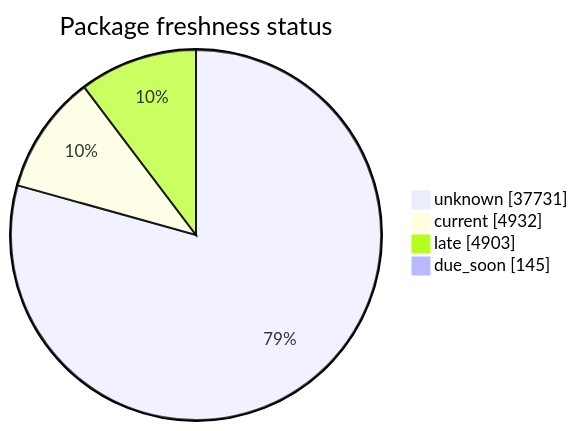
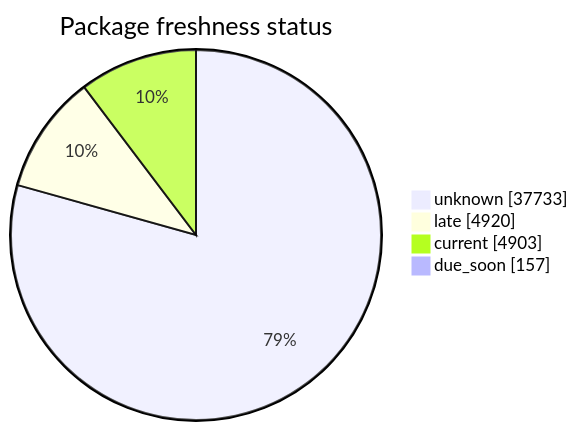
Before and after one commit to open-data/analytics-corporate-reporting: the second of 5 diagrams in FreshCheck/README.md, drawn with Mermaid. The commit also changed other lines of this file and 3 other files, not shown here.

````diff
--- a/FreshCheck/README.md
+++ b/FreshCheck/README.md
@@ -68,7 +68,7 @@
 ```mermaid
 pie showData title Package freshness status
-    "unknown": 37731
-    "current": 4932
-    "late": 4903
-    "due_soon": 145
+    "unknown": 37733
+    "late": 4920
+    "current": 4903
+    "due_soon": 157
 ```
````
